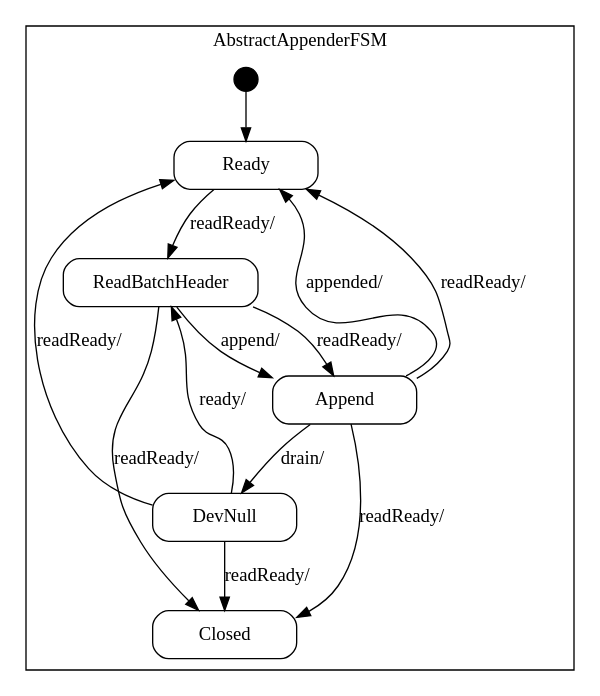
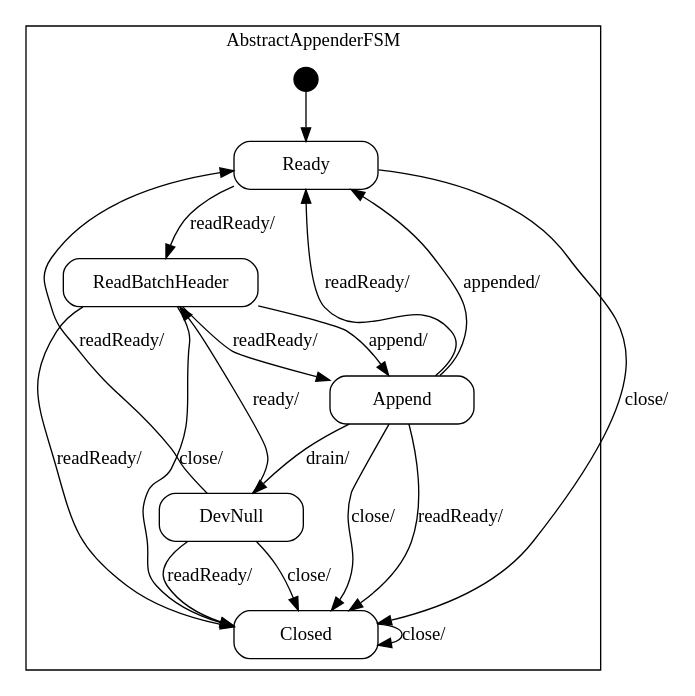
One commit to vmehra-sfdc/Ouroboros changed the diagram in spindle/doc/AbstractAppender_sm.dot. Above: the diagram before and after it, drawn with Graphviz. The commit also changed 38 other files, not shown here.

```diff
--- a/spindle/doc/AbstractAppender_sm.dot
+++ b/spindle/doc/AbstractAppender_sm.dot
@@ -1,72 +1,87 @@
 digraph AbstractAppender {
 
     node
         [shape=Mrecord width=1.5];
 
     subgraph cluster_AbstractAppenderFSM {
 
         label="AbstractAppenderFSM";
 
         //
         // States (Nodes)
         //
 
         "AbstractAppenderFSM::Ready"
             [label="{Ready}"];
 
         "AbstractAppenderFSM::Append"
             [label="{Append}"];
 
         "AbstractAppenderFSM::DevNull"
             [label="{DevNull}"];
 
         "AbstractAppenderFSM::ReadBatchHeader"
             [label="{ReadBatchHeader}"];
 
         "AbstractAppenderFSM::Closed"
             [label="{Closed}"];
 
         "%start"
             [label="" shape=circle style=filled fillcolor=black width=0.25];
 
         //
         // Transitions (Edges)
         //
 
         "AbstractAppenderFSM::Ready" -> "AbstractAppenderFSM::ReadBatchHeader"
             [label="readReady/\l"];
 
+        "AbstractAppenderFSM::Ready" -> "AbstractAppenderFSM::Closed"
+            [label="close/\l"];
+
         "AbstractAppenderFSM::Append" -> "AbstractAppenderFSM::DevNull"
             [label="drain/\l"];
 
         "AbstractAppenderFSM::Append" -> "AbstractAppenderFSM::Closed"
             [label="readReady/\l"];
 
         "AbstractAppenderFSM::Append" -> "AbstractAppenderFSM::Ready"
             [label="readReady/\l"];
 
         "AbstractAppenderFSM::Append" -> "AbstractAppenderFSM::Ready"
             [label="appended/\l"];
 
+        "AbstractAppenderFSM::Append" -> "AbstractAppenderFSM::Closed"
+            [label="close/\l"];
+
         "AbstractAppenderFSM::DevNull" -> "AbstractAppenderFSM::ReadBatchHeader"
             [label="ready/\l"];
 
         "AbstractAppenderFSM::DevNull" -> "AbstractAppenderFSM::Closed"
             [label="readReady/\l"];
 
         "AbstractAppenderFSM::DevNull" -> "AbstractAppenderFSM::Ready"
             [label="readReady/\l"];
+
+        "AbstractAppenderFSM::DevNull" -> "AbstractAppenderFSM::Closed"
+            [label="close/\l"];
 
         "AbstractAppenderFSM::ReadBatchHeader" -> "AbstractAppenderFSM::Append"
             [label="append/\l"];
 
         "AbstractAppenderFSM::ReadBatchHeader" -> "AbstractAppenderFSM::Closed"
             [label="readReady/\l"];
 
         "AbstractAppenderFSM::ReadBatchHeader" -> "AbstractAppenderFSM::Append"
             [label="readReady/\l"];
 
+        "AbstractAppenderFSM::ReadBatchHeader" -> "AbstractAppenderFSM::Closed"
+            [label="close/\l"];
+
+        "AbstractAppenderFSM::Closed" -> "AbstractAppenderFSM::Closed"
+            [label="close/\l"];
+
         "%start" -> "AbstractAppenderFSM::Ready"
     }
 
 }
```
